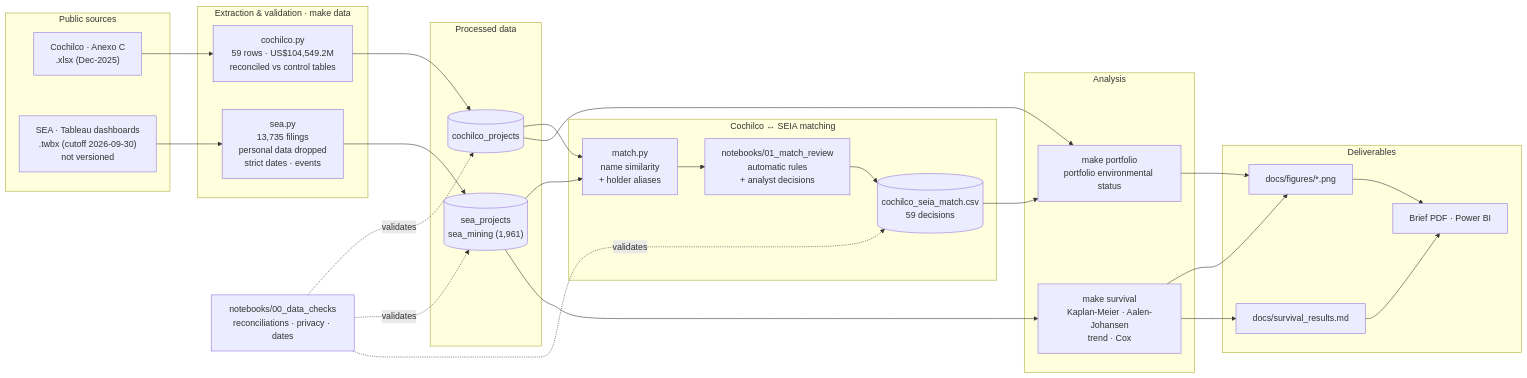
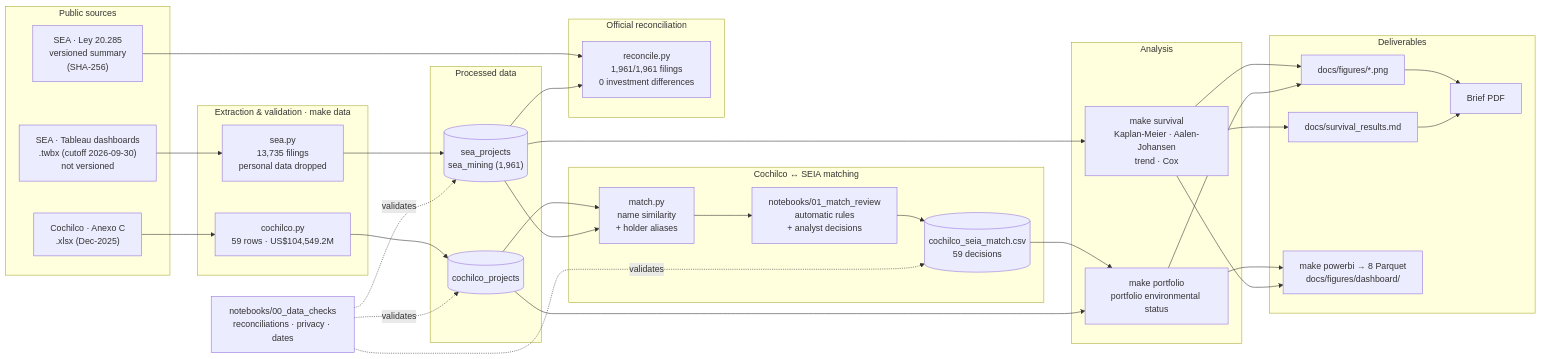
Before and after one commit to munozmartinezja/chile-mining-investment-pipeline: the second of 2 diagrams in README.md, drawn with Mermaid. The commit also changed other lines of this file and 10 other files, not shown here.

Commit message:
docs: README synced with claims register, Power BI dashboard section, guards against stale figures

````diff
--- a/README.md
+++ b/README.md
@@ -245,40 +337,48 @@
 ```mermaid
 flowchart LR
     subgraph F["Public sources"]
         A1["Cochilco · Anexo C<br/>.xlsx (Dec-2025)"]
         A2["SEA · Tableau dashboards<br/>.twbx (cutoff 2026-09-30)<br/>not versioned"]
+        A3["SEA · Ley 20.285<br/>versioned summary<br/>(SHA-256)"]
     end
     subgraph E["Extraction & validation · make data"]
-        B1["cochilco.py<br/>59 rows · US$104,549.2M<br/>reconciled vs control tables"]
-        B2["sea.py<br/>13,735 filings<br/>personal data dropped<br/>strict dates · events"]
+        B1["cochilco.py<br/>59 rows · US$104,549.2M"]
+        B2["sea.py<br/>13,735 filings<br/>personal data dropped"]
     end
     subgraph D["Processed data"]
         C1[("cochilco_projects")]
         C2[("sea_projects<br/>sea_mining (1,961)")]
     end
     subgraph M["Cochilco ↔ SEIA matching"]
         D1["match.py<br/>name similarity<br/>+ holder aliases"]
         D2["notebooks/01_match_review<br/>automatic rules<br/>+ analyst decisions"]
         D3[("cochilco_seia_match.csv<br/>59 decisions")]
     end
+    subgraph R["Official reconciliation"]
+        G1["reconcile.py<br/>1,961/1,961 filings<br/>0 investment differences"]
+    end
     subgraph AN["Analysis"]
         E1["make survival<br/>Kaplan-Meier · Aalen-Johansen<br/>trend · Cox"]
         E2["make portfolio<br/>portfolio environmental status"]
     end
     subgraph O["Deliverables"]
         F1["docs/figures/*.png"]
         F2["docs/survival_results.md"]
-        F3["Brief PDF · Power BI"]
+        F3["Brief PDF"]
+        F4["make powerbi → 8 Parquet<br/>docs/figures/dashboard/"]
     end
     A1 --> B1 --> C1
     A2 --> B2 --> C2
+    A3 --> G1
+    C2 --> G1
     C1 --> D1
     C2 --> D1 --> D2 --> D3
     C2 --> E1
     D3 --> E2
     C1 --> E2
     E1 --> F1 & F2
     E2 --> F1
     F1 & F2 --> F3
+    E2 & E1 --> F4
     Q["notebooks/00_data_checks<br/>reconciliations · privacy · dates"] -.validates.-> C1 & C2 & D3
 ```
````
